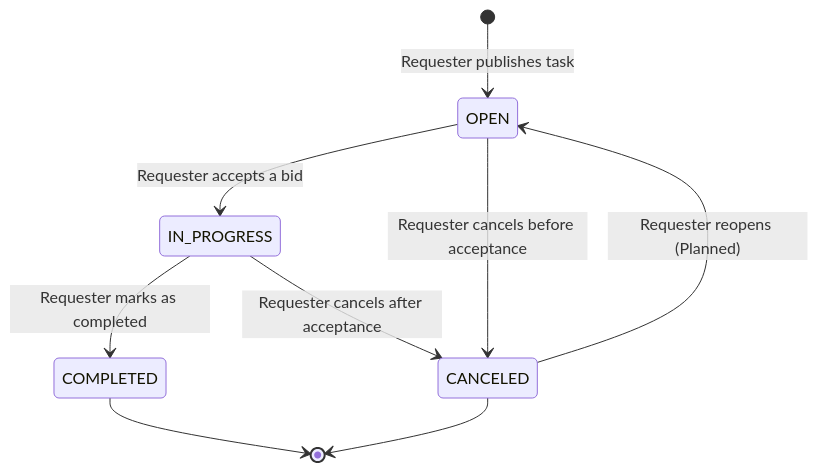
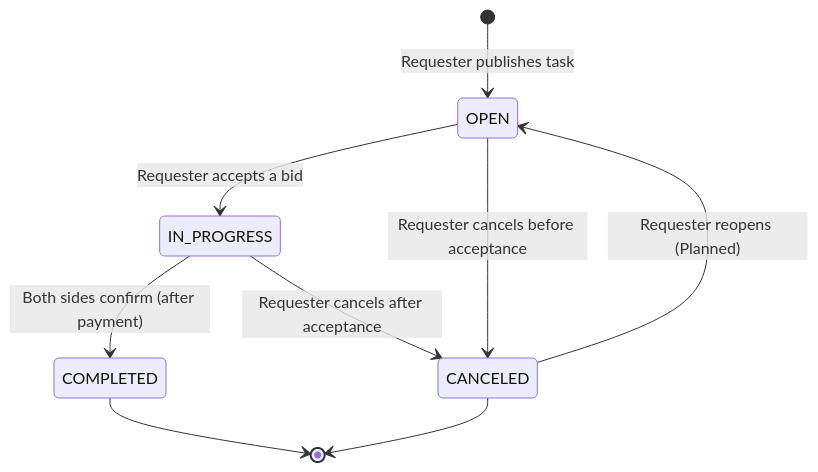
One commit to GuyStein1/CSFinalProject changed the second of 5 diagrams in docs/05_User_Flows.md. Above: the diagram before and after it, drawn with Mermaid. The commit also changed other lines of this file and 10 other files, not shown here.

````diff
--- a/docs/05_User_Flows.md
+++ b/docs/05_User_Flows.md
@@ -85,11 +85,11 @@
 ```mermaid
 stateDiagram-v2
     [*] --> OPEN : Requester publishes task
     OPEN --> IN_PROGRESS : Requester accepts a bid
     OPEN --> CANCELED : Requester cancels before acceptance
-    IN_PROGRESS --> COMPLETED : Requester marks as completed
+    IN_PROGRESS --> COMPLETED : Both sides confirm (after payment)
     IN_PROGRESS --> CANCELED : Requester cancels after acceptance
     CANCELED --> OPEN : Requester reopens (Planned)
     COMPLETED --> [*]
     CANCELED --> [*]
 ```
````
